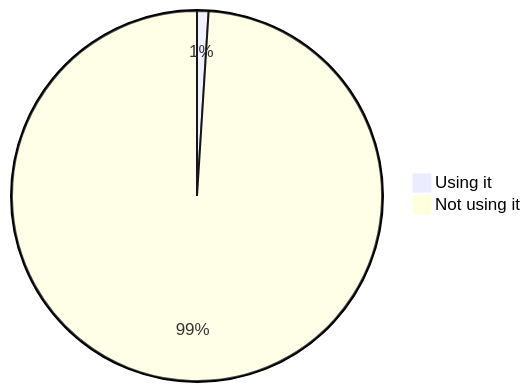
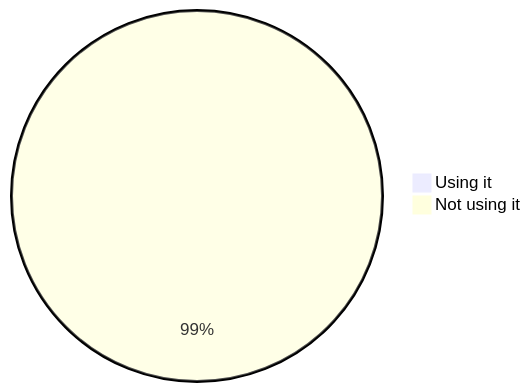
The fifth of 22 diagrams in stats.md (oshp/oshp-stats), drawn with Mermaid before and after one commit. The commit also changed other lines of this file, not shown here.

````diff
--- a/stats.md
+++ b/stats.md
@@ -70,6 +58,6 @@
 ```mermaid
 pie
-	"Using it" : 1.0
-	"Not using it" : 99.0
+	"Using it" : 0.9
+	"Not using it" : 99.1
 
 ```
````
